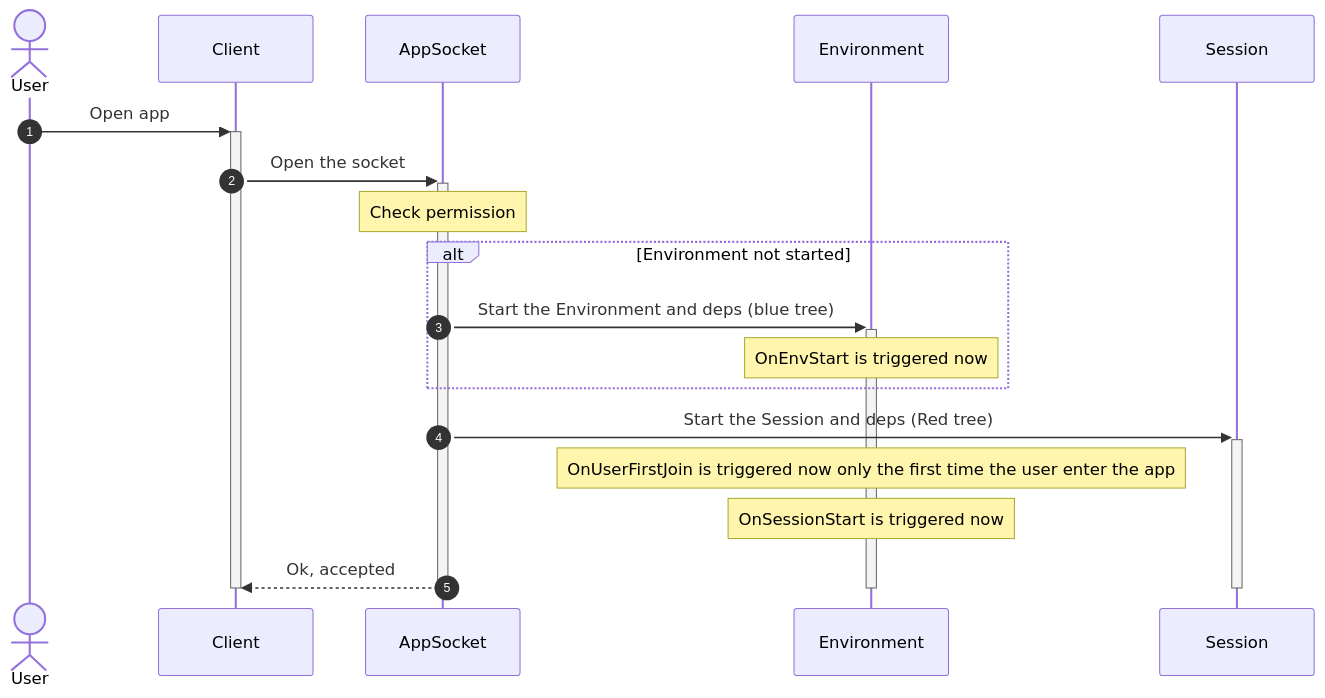
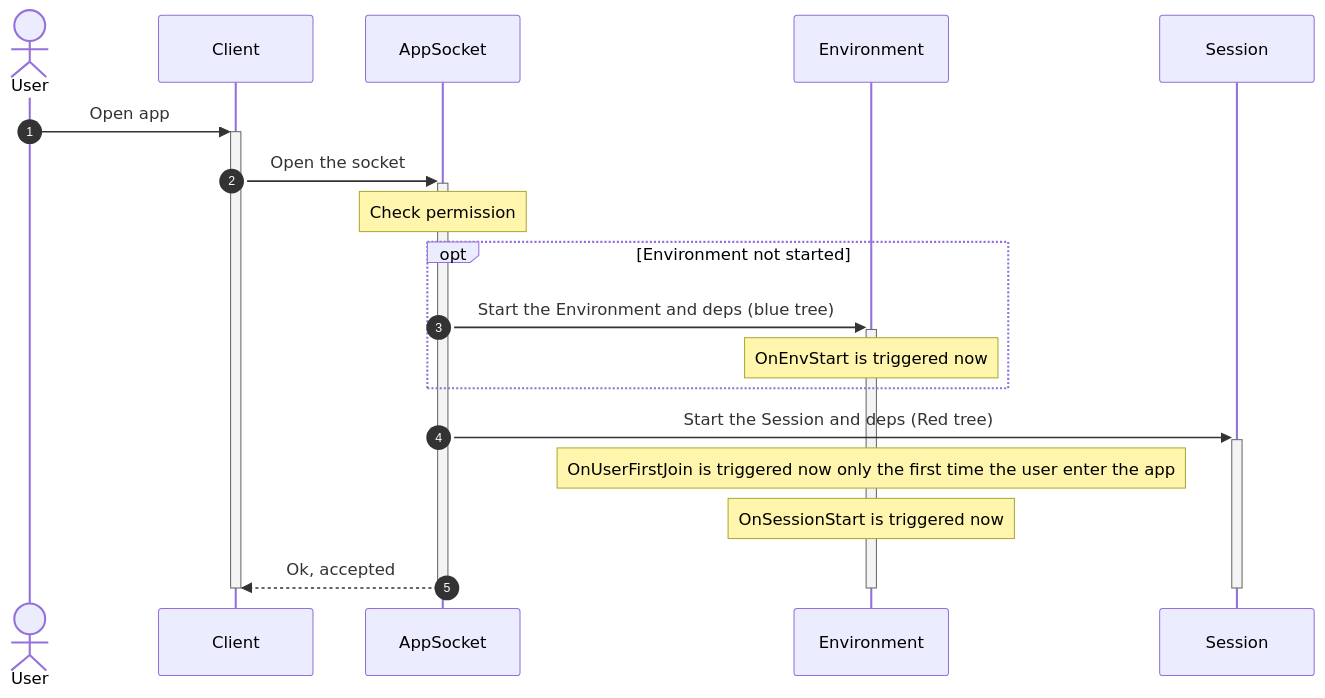
The first of 4 diagrams in docs/AppRunnerExplained.md (lenra-io/application-runner), drawn with Mermaid before and after one commit. The commit also changed other lines of this file, not shown here.

````diff
--- a/docs/AppRunnerExplained.md
+++ b/docs/AppRunnerExplained.md
@@ -36,24 +36,24 @@
 ```mermaid
 sequenceDiagram
     autonumber
     actor User
     participant Client
     participant AppSocket
     participant Environment
     participant Session
     User->>+Client: Open app
     Client->>+AppSocket: Open the socket
     Note over AppSocket: Check permission
-    alt Environment not started
+    opt Environment not started
         AppSocket->>+Environment: Start the Environment and deps (blue tree)
         Note over Environment: OnEnvStart is triggered now
     end
     AppSocket->>+Session: Start the Session and deps (Red tree)
     Note over Environment: OnUserFirstJoin is triggered now only the first time the user enter the app
     Note over Environment: OnSessionStart is triggered now
     AppSocket-->>Client: Ok, accepted
     deactivate AppSocket
     deactivate Session
     deactivate Environment
     deactivate Client
 ```
````
